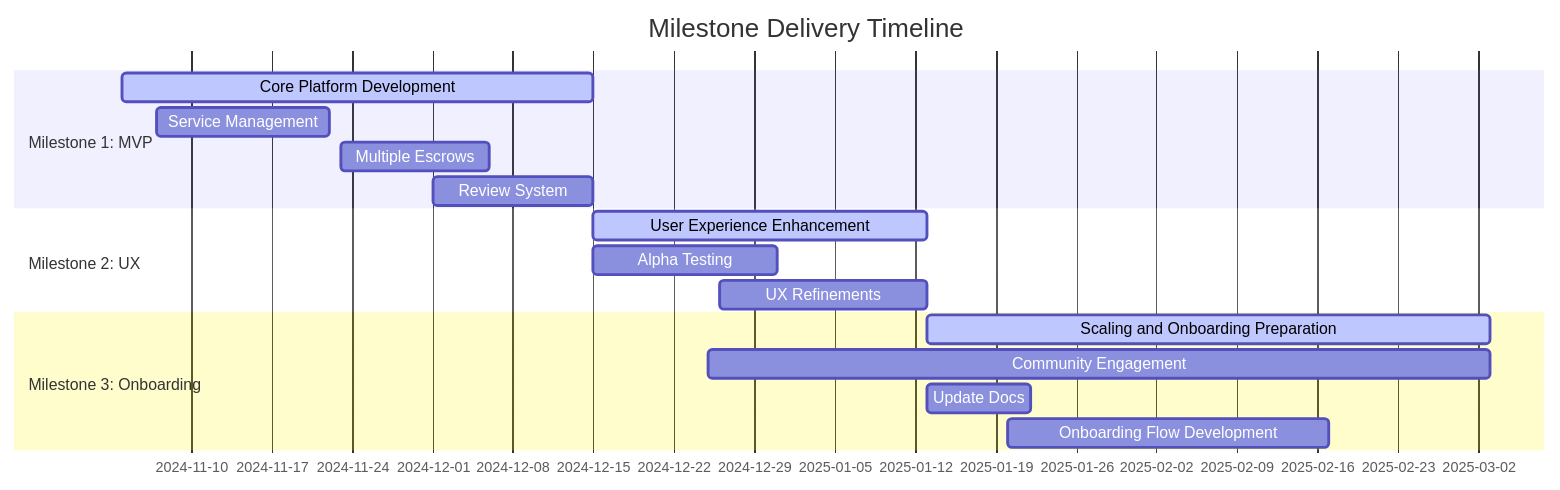
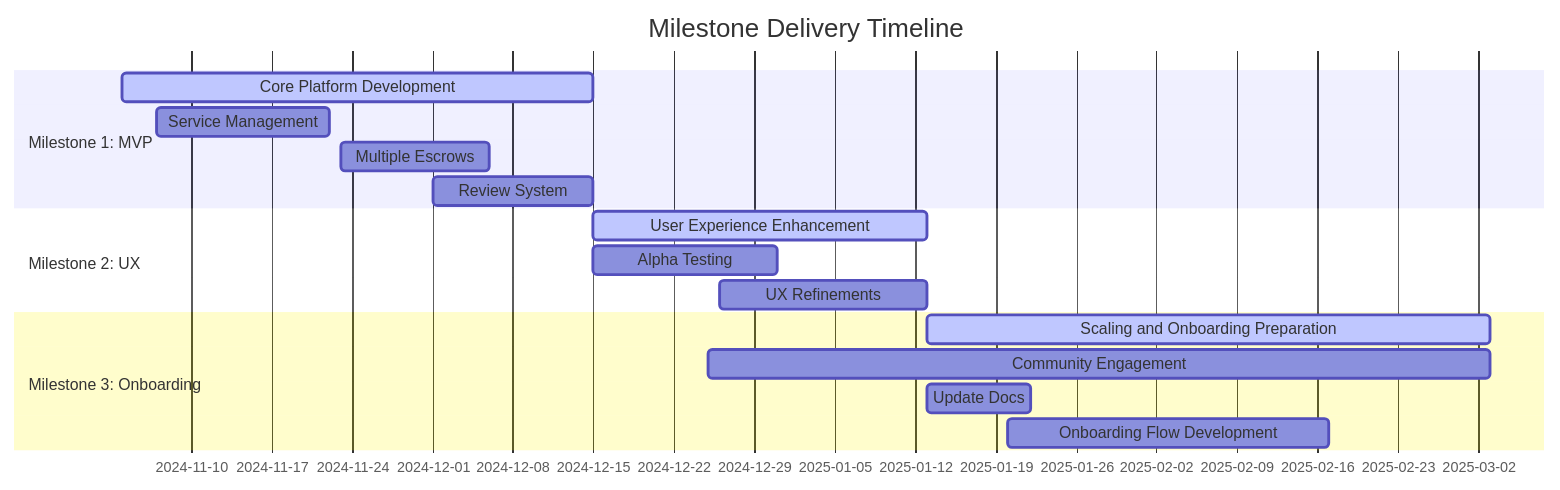
One commit to Gigentic/gigentic-frontend changed the first of 4 diagrams in notes/ST-DE-Grant-2024/ST-DE-grant-completion-report.md. Above: the diagram before and after it, drawn with Mermaid. The commit also changed other lines of this file, not shown here.

````diff
--- a/notes/ST-DE-Grant-2024/ST-DE-grant-completion-report.md
+++ b/notes/ST-DE-Grant-2024/ST-DE-grant-completion-report.md
@@ -11,24 +11,24 @@
 ```mermaid
 gantt
     dateFormat  YYYY-MM-DD
     title Milestone Delivery Timeline
 
-    %%{ init: { 'theme': 'default', 'themeVariables': { 'background': '#f4f4f4', 'primaryColor': '#9cb5f2', 'secondaryColor': '#e0e0e0', 'tertiaryColor': '#f8f8f8' } } }%%
+    %%{ init: { 'theme': 'default', 'themeVariables': { 'background': '#ffffff', 'primaryColor': '#9cb5f2', 'secondaryColor': '#e0e0e0', 'tertiaryColor': '#f8f8f8', 'primaryTextColor': '#333', 'lineColor': '#666', 'mainBkg': '#ffffff', 'taskTextColor': '#333', 'taskTextDarkColor': '#333', 'taskTextOutsideColor': '#333' } } }%%
 
     section Milestone 1: MVP
     Core Platform Development       : active, 2024-11-04, 2024-12-15
     Service Management              : 2024-11-07, 2024-11-22
     Multiple Escrows                : 2024-11-23, 2024-12-06
     Review System                   : 2024-12-01, 2024-12-15
 
     section Milestone 2: UX
     User Experience Enhancement     : active, 2024-12-15, 2025-01-13
     Alpha Testing                    : 2024-12-15, 2024-12-31
     UX Refinements                  : 2024-12-26, 2025-01-13
 
     section Milestone 3: Onboarding
     Scaling and Onboarding Preparation : active, 2025-01-13, 2025-03-03
     Community Engagement               : 2024-12-25, 2025-03-03
     Update Docs                        : 2025-01-13, 2025-01-22
     Onboarding Flow Development        : 2025-01-20, 2025-02-17
 ```
````
